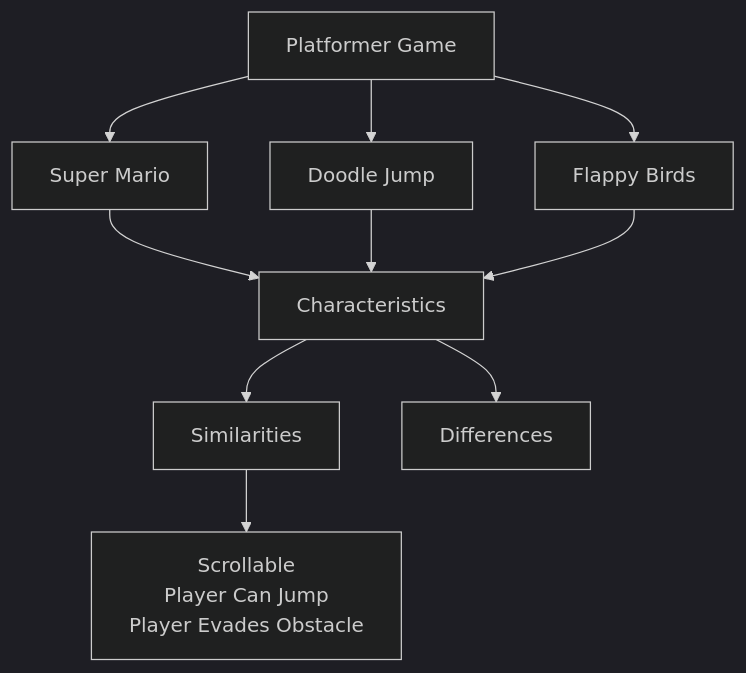
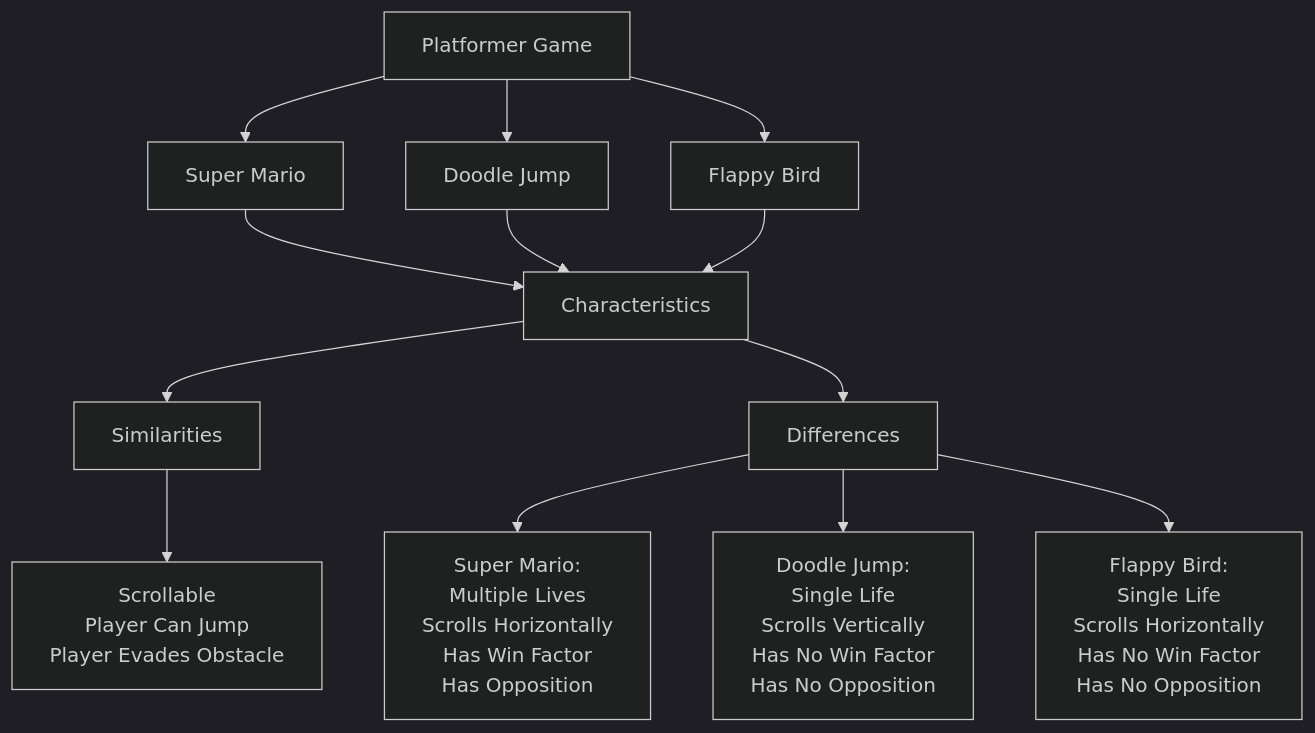
The diagram in doc/presentation1/presentationFile.md (mgaray99/final_team02), drawn with Mermaid (dark theme) before and after one commit. The commit also changed other lines of this file, not shown here.

````diff
--- a/doc/presentation1/presentationFile.md
+++ b/doc/presentation1/presentationFile.md
@@ -13,15 +13,17 @@
 ```mermaid
 graph TD;
 Platformer[Platformer Game]-->SuperMario[Super Mario]
 Platformer[Platformer Game]-->DoodleJump[Doodle Jump]
-Platformer[Platformer Game]-->FlappyBirds[Flappy Birds]
+Platformer[Platformer Game]-->FlappyBirds[Flappy Bird]
 SuperMario[Super Mario]-->Characteristics
 DoodleJump[Doodle Jump]-->Characteristics
-FlappyBirds[Flappy Birds]-->Characteristics
+FlappyBirds[Flappy Bird]-->Characteristics
 Characteristics-->Similarities
 Characteristics-->Differences
 Similarities-->List[Scrollable<br/>Player Can Jump<br/>Player Evades Obstacle]
-
+Differences-->Mario[Super Mario:<br/>Multiple Lives<br/>Scrolls Horizontally<br/>Has Win Factor<br/>Has Opposition]
+Differences-->Doodle[Doodle Jump:<br/>Single Life<br/>Scrolls Vertically<br/>Has No Win Factor<br/>Has No Opposition]
+Differences-->Flappy[Flappy Bird:<br/>Single Life<br/>Scrolls Horizontally<br/>Has No Win Factor<br/>Has No Opposition]
 
 
 ```
````
